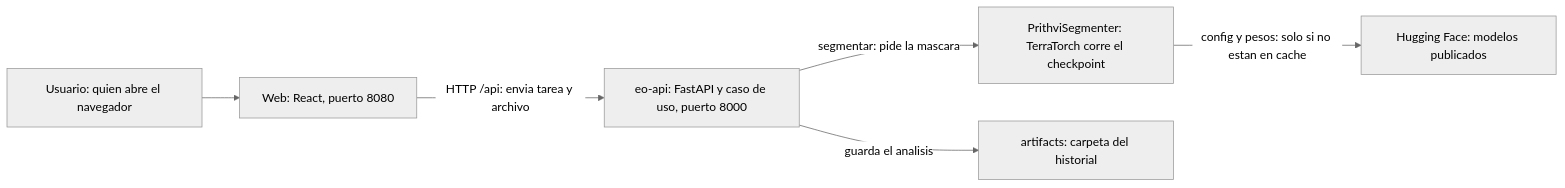
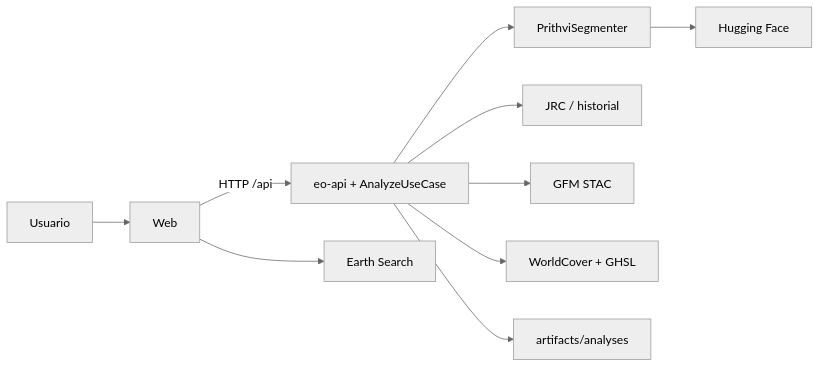
One commit to Charlsz/Tune changed the first of 4 diagrams in docs/SegundoInforme.md. Above: the diagram before and after it, drawn with Mermaid (neutral theme). The commit also changed other lines of this file, not shown here.

````diff
--- a/docs/SegundoInforme.md
+++ b/docs/SegundoInforme.md
@@ -462,8 +255,12 @@
 ```mermaid
 flowchart LR
-  Usuario["Usuario: quien abre el navegador"] --> Web["Web: React, puerto 8080"]
-  Web -->|"HTTP /api: envia tarea y archivo"| API["eo-api: FastAPI y caso de uso, puerto 8000"]
-  API -->|"segmentar: pide la mascara"| Seg["PrithviSegmenter: TerraTorch corre el checkpoint"]
-  Seg -->|"config y pesos: solo si no estan en cache"| HF["Hugging Face: modelos publicados"]
-  API -->|"guarda el analisis"| Disco["artifacts: carpeta del historial"]
+  Usuario --> Web
+  Web -->|"HTTP /api"| API["eo-api + AnalyzeUseCase"]
+  API --> Seg[PrithviSegmenter]
+  Seg --> HF[Hugging Face]
+  API --> Ref[JRC / historial]
+  API --> Obs[GFM STAC]
+  API --> Exp[WorldCover + GHSL]
+  API --> Disco["artifacts/analyses"]
+  Web --> STAC[Earth Search]
 ```
````
